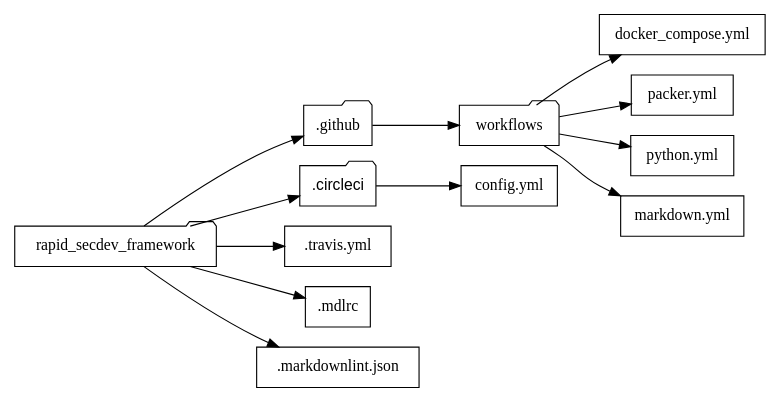
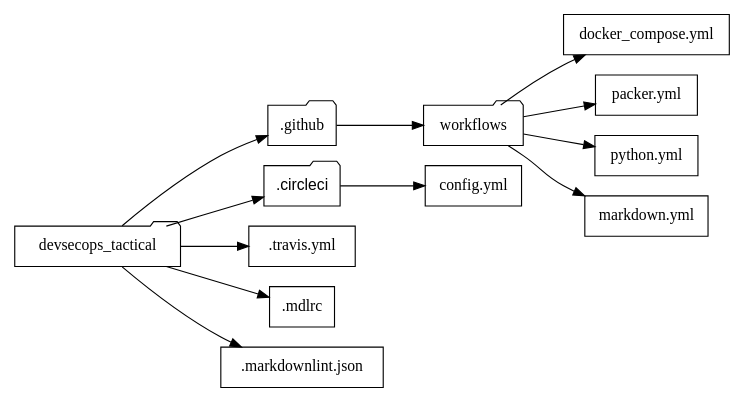
One commit to ajcborges/devsecops-tactical-workbook changed the diagram in book/dot/cicd.dot. Above: the diagram before and after it, drawn with Graphviz. The commit also changed 30 other files, not shown here.

```diff
--- a/book/dot/cicd.dot
+++ b/book/dot/cicd.dot
@@ -1,33 +1,33 @@
 digraph cicd {
     
     rankdir=LR;
     size="8,4";
     node [fontname="Helvetica" fontsize=14 shape=box];
     edge [fontname="Symbol" fontsize=10];
 
-    framework [shape=folder fontname="Symbol" label="rapid_secdev_framework"];
+    framework [shape=folder fontname="Symbol" label="devsecops_tactical"];
     dotgh [shape=folder fontname="Symbol" label=".github"];
     workflows [shape=folder fontname="Symbol" label="workflows"];
     dotcircleci [shape=folder label=".circleci"];
     cy [fontname="Symbol" label="config.yml"];
     dcy [fontname="Symbol" label="docker_compose.yml"];
     py [fontname="Symbol" label="packer.yml"];
     pyyml [fontname="Symbol" label="python.yml"];
     mdy [fontname="Symbol" label="markdown.yml"];
     dottr [fontname="Symbol" label=".travis.yml"];
     mdlrc [fontname="Symbol" label=".mdlrc"];
     mdjson [fontname="Symbol" label=".markdownlint.json"];
     
     framework -> dotgh;
     dotgh -> workflows;
     framework -> dotcircleci;
     dotcircleci -> cy;
     workflows -> dcy;
     workflows -> py;
     workflows -> pyyml;
     workflows -> mdy;
     framework -> dottr;
     framework -> mdlrc;
     framework -> mdjson;
 
 }
```
